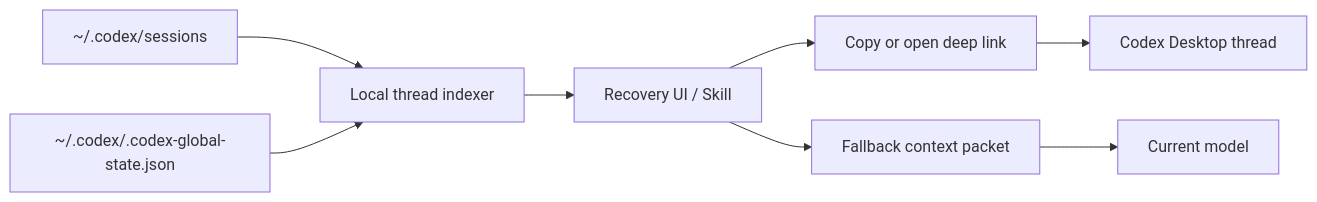
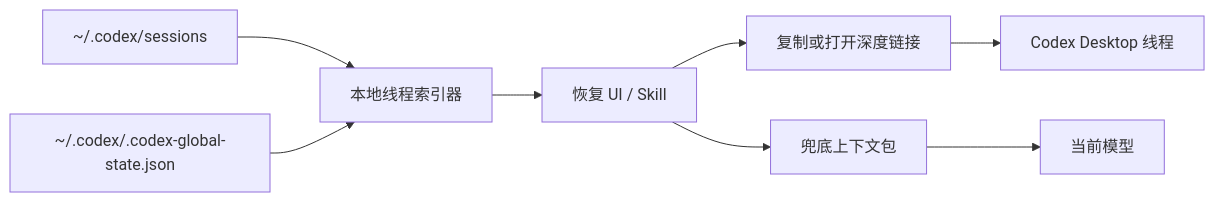
One commit to ayu9478/codex-desktop-provider-ctx-persist changed the second of 2 diagrams in docs/solution.md. Above: the diagram before and after it, drawn with Mermaid. The commit also changed other lines of this file and 14 other files, not shown here.

````diff
--- a/docs/solution.md
+++ b/docs/solution.md
@@ -38,10 +38,10 @@
 ```mermaid
 flowchart LR
-    S["~/.codex/sessions"] --> I["Local thread indexer"]
+    S["~/.codex/sessions"] --> I["本地线程索引器"]
     G["~/.codex/.codex-global-state.json"] --> I
-    I --> U["Recovery UI / Skill"]
-    U --> L["Copy or open deep link"]
-    L --> C["Codex Desktop thread"]
-    U --> P["Fallback context packet"]
-    P --> M["Current model"]
+    I --> U["恢复 UI / Skill"]
+    U --> L["复制或打开深度链接"]
+    L --> C["Codex Desktop 线程"]
+    U --> P["兜底上下文包"]
+    P --> M["当前模型"]
 ```
````
